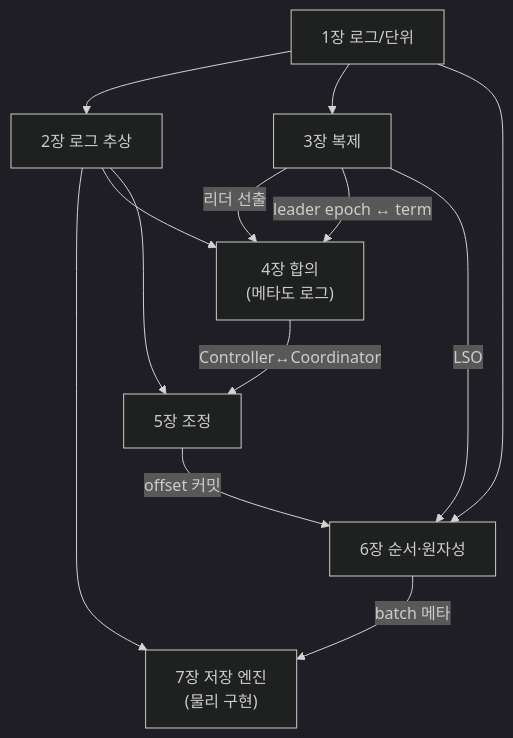
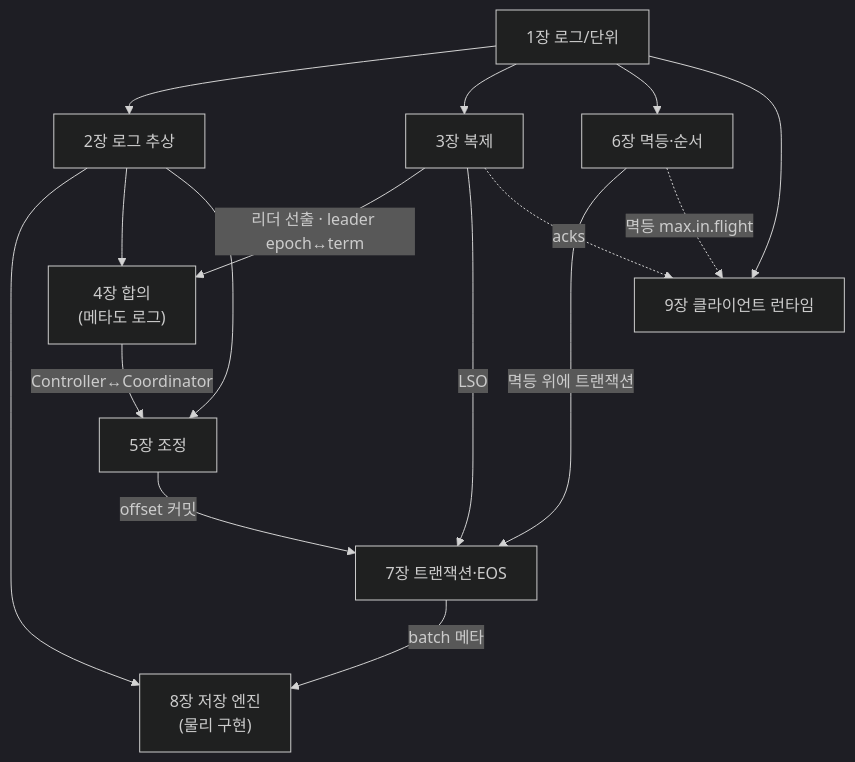
Before and after one commit to ghtjr410/kafka-lab: the second of 2 diagrams in docs/book/1-internals/README.md, drawn with Mermaid (dark theme). The commit also changed other lines of this file and 4 other files, not shown here.

````diff
--- a/docs/book/1-internals/README.md
+++ b/docs/book/1-internals/README.md
@@ -58,15 +58,18 @@
 ```mermaid
 graph TB
     C1["1장 로그/단위"] --> C2["2장 로그 추상"]
-    C2 --> C7["7장 저장 엔진<br/>(물리 구현)"]
+    C2 --> C8["8장 저장 엔진<br/>(물리 구현)"]
     C2 --> C4["4장 합의<br/>(메타도 로그)"]
     C1 --> C3["3장 복제"]
-    C3 -->|"리더 선출"| C4
-    C3 -->|"leader epoch ↔ term"| C4
+    C3 -->|"리더 선출 · leader epoch↔term"| C4
     C4 -->|"Controller↔Coordinator"| C5["5장 조정"]
     C2 --> C5
-    C3 -->|"LSO"| C6["6장 순서·원자성"]
-    C1 --> C6
-    C5 -->|"offset 커밋"| C6
-    C6 -->|"batch 메타"| C7
+    C1 --> C6["6장 멱등·순서"]
+    C6 -->|"멱등 위에 트랜잭션"| C7["7장 트랜잭션·EOS"]
+    C3 -->|"LSO"| C7
+    C5 -->|"offset 커밋"| C7
+    C7 -->|"batch 메타"| C8
+    C1 --> C9["9장 클라이언트 런타임"]
+    C3 -.->|"acks"| C9
+    C6 -.->|"멱등 max.in.flight"| C9
 ```
````
